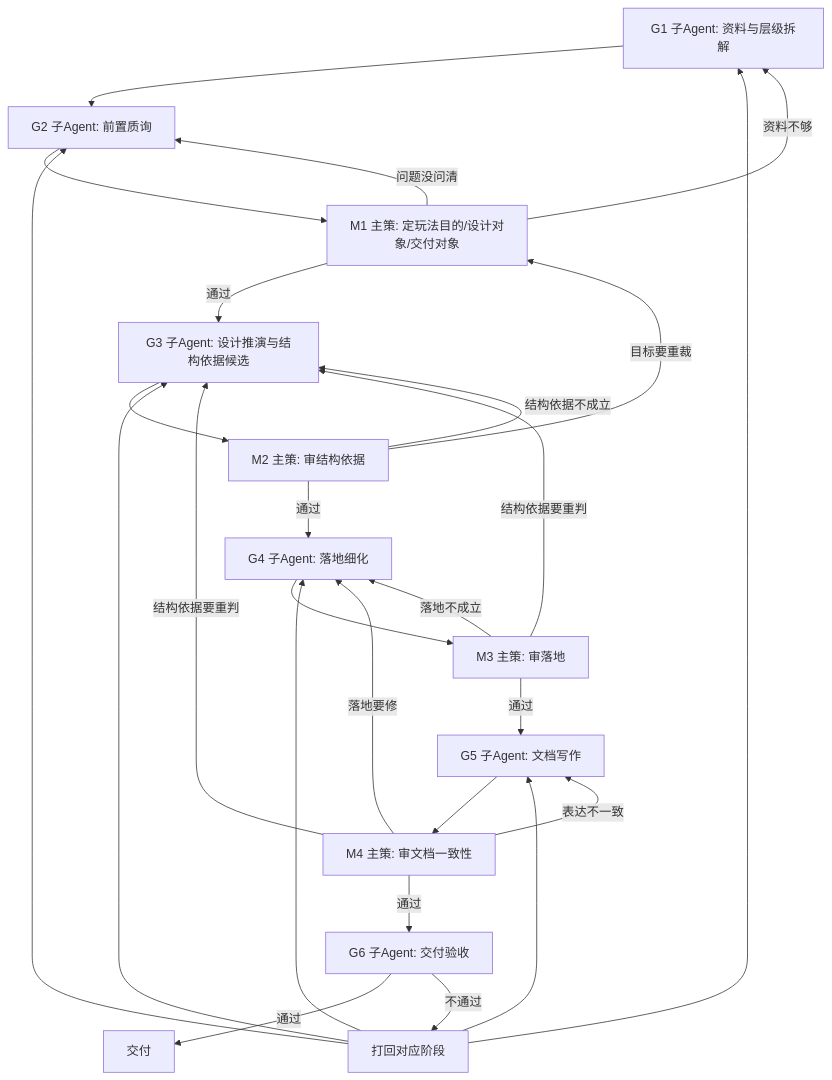
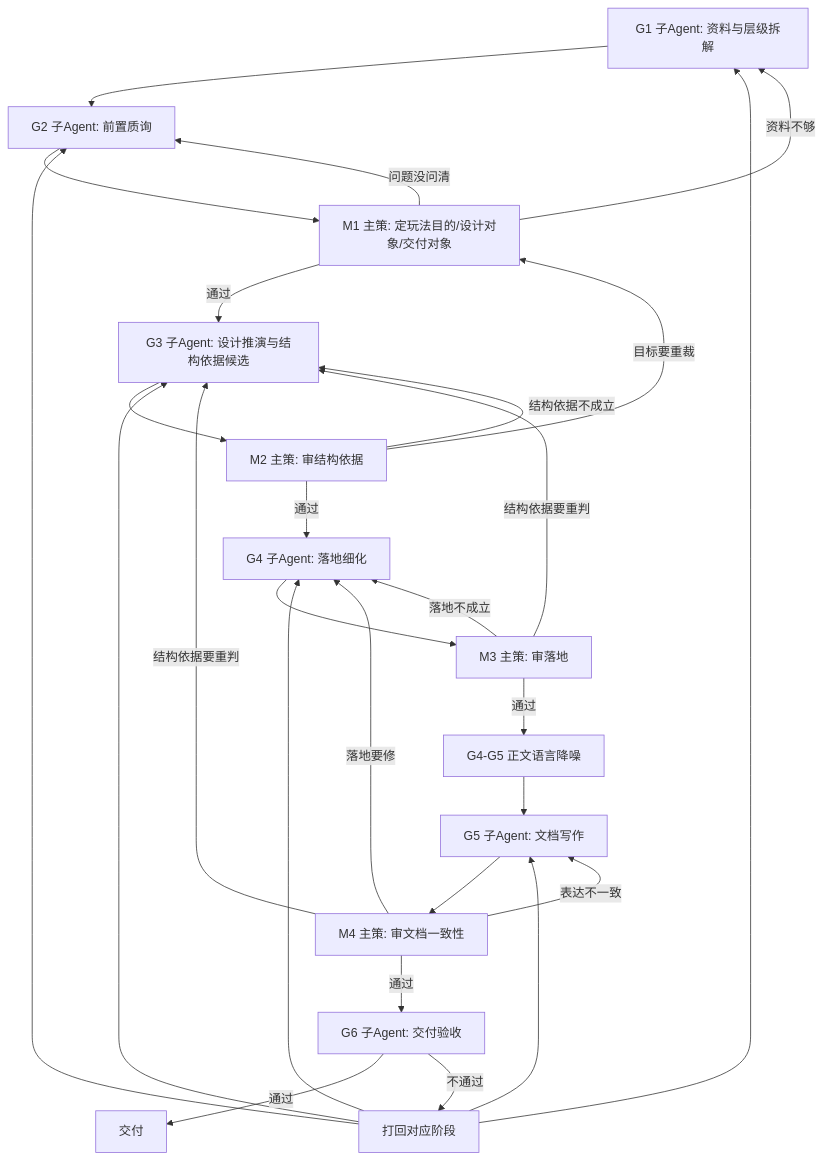
The diagram in reference/部门标准/策划/gdd/多Agent设计文档工作流.md (jeff931746-creator/Codex), drawn with Mermaid before and after one commit. The commit also changed other lines of this file and 32 other files, not shown here.

````diff
--- a/reference/部门标准/策划/gdd/多Agent设计文档工作流.md
+++ b/reference/部门标准/策划/gdd/多Agent设计文档工作流.md
@@ -35,32 +36,33 @@
 ```mermaid
 flowchart TD
     G1[G1 子Agent: 资料与层级拆解] --> G2[G2 子Agent: 前置质询]
     G2 --> M1[M1 主策: 定玩法目的/设计对象/交付对象]
     M1 -->|通过| G3[G3 子Agent: 设计推演与结构依据候选]
     M1 -->|资料不够| G1
     M1 -->|问题没问清| G2
 
     G3 --> M2[M2 主策: 审结构依据]
     M2 -->|通过| G4[G4 子Agent: 落地细化]
     M2 -->|结构依据不成立| G3
     M2 -->|目标要重裁| M1
 
     G4 --> M3[M3 主策: 审落地]
-    M3 -->|通过| G5[G5 子Agent: 文档写作]
+    M3 -->|通过| N[G4-G5 正文语言降噪]
+    N --> G5[G5 子Agent: 文档写作]
     M3 -->|落地不成立| G4
     M3 -->|结构依据要重判| G3
 
     G5 --> M4[M4 主策: 审文档一致性]
     M4 -->|通过| G6[G6 子Agent: 交付验收]
     M4 -->|表达不一致| G5
     M4 -->|落地要修| G4
     M4 -->|结构依据要重判| G3
 
     G6 -->|通过| Z[交付]
     G6 -->|不通过| R[打回对应阶段]
     R --> G1
     R --> G2
     R --> G3
     R --> G4
     R --> G5
 ```
````
